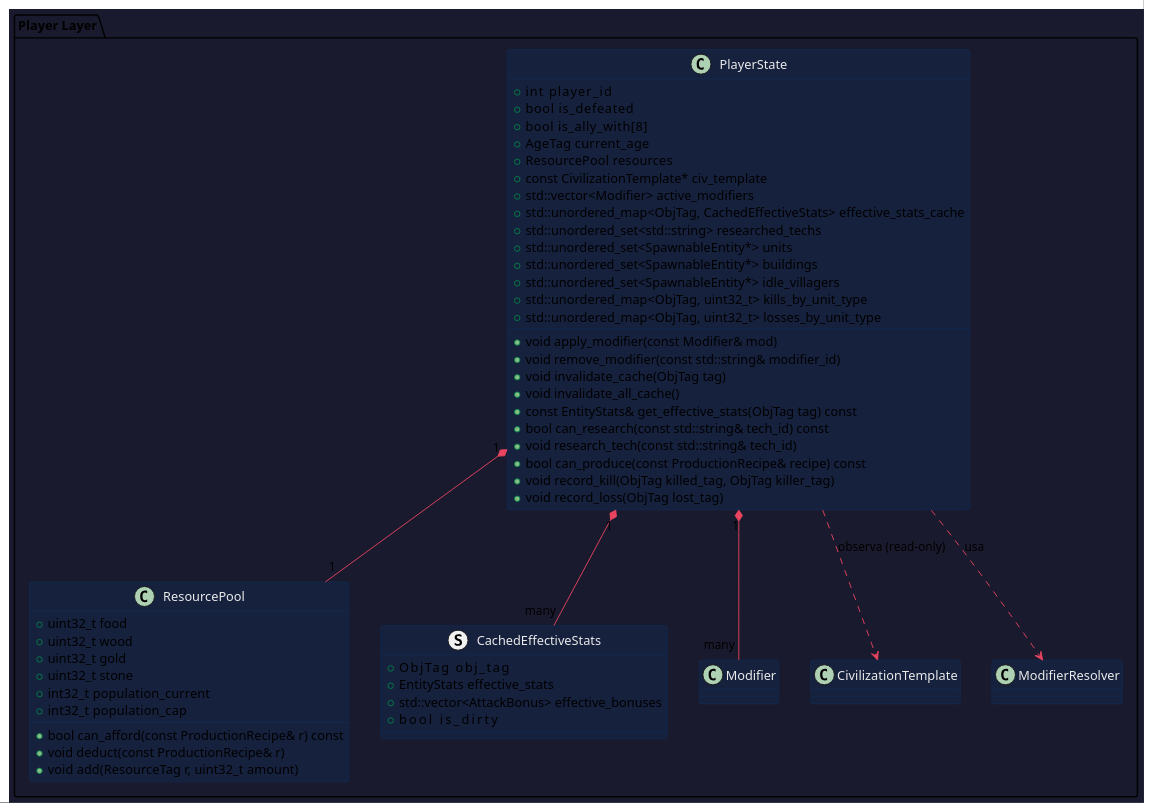
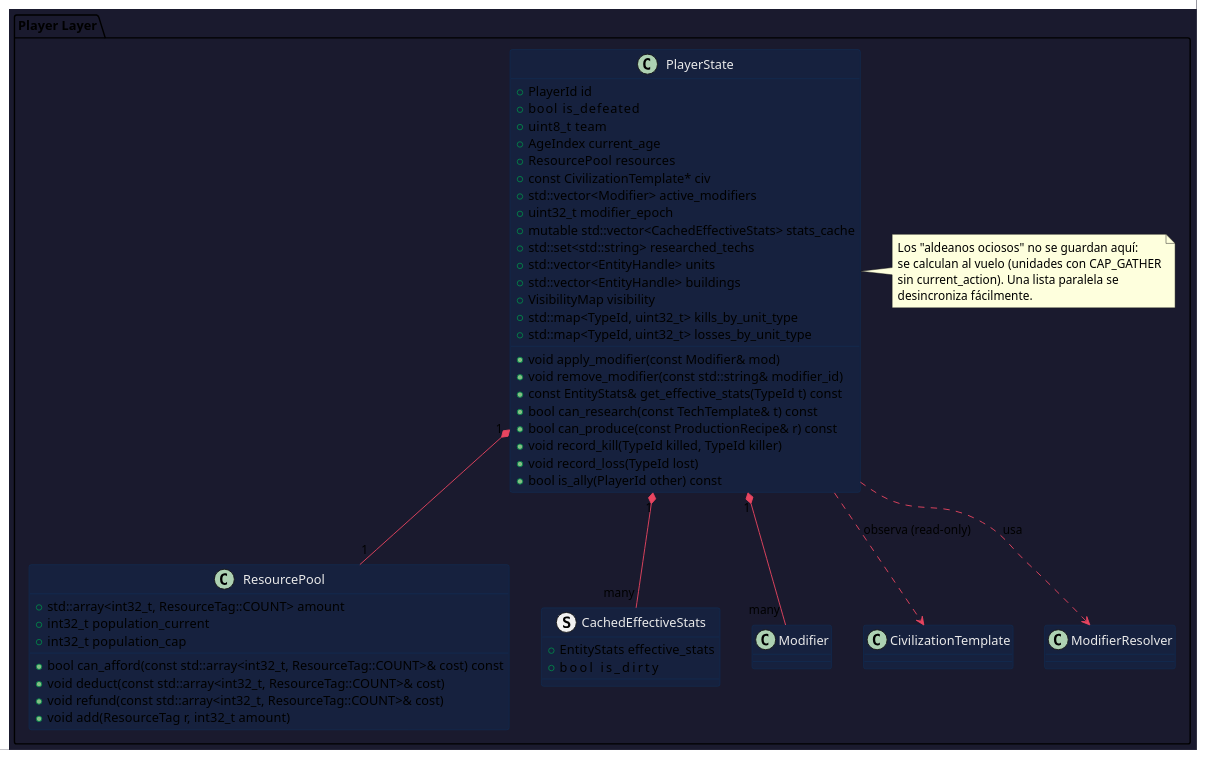
One commit to imanih-code/aoe-clone changed the fourth of 9 diagrams in architecture.md. Above: the diagram before and after it, drawn with PlantUML. The commit also changed other lines of this file and 3 other files, not shown here.

First line of the commit message:
docs: revise design for a C++20/SFML 3 build and add roadmap

````diff
--- a/architecture.md
+++ b/architecture.md
@@ -484,73 +591,80 @@
 ```plantuml
 @startuml PlayerState
 skinparam backgroundColor #1a1a2e
 skinparam classBackgroundColor #16213e
 skinparam classBorderColor #0f3460
 skinparam classArrowColor #e94560
 skinparam classFontColor #eaeaea
 
 package "Player Layer" {
 
   class ResourcePool {
-    + uint32_t food
-    + uint32_t wood
-    + uint32_t gold
-    + uint32_t stone
+    + std::array<int32_t, ResourceTag::COUNT> amount
     + int32_t  population_current
     + int32_t  population_cap
-    + bool can_afford(const ProductionRecipe& r) const
-    + void deduct(const ProductionRecipe& r)
-    + void add(ResourceTag r, uint32_t amount)
+    + bool can_afford(const std::array<int32_t, ResourceTag::COUNT>& cost) const
+    + void deduct(const std::array<int32_t, ResourceTag::COUNT>& cost)
+    + void refund(const std::array<int32_t, ResourceTag::COUNT>& cost)
+    + void add(ResourceTag r, int32_t amount)
   }
 
   struct CachedEffectiveStats {
-    + ObjTag       obj_tag
     + EntityStats  effective_stats
-    + std::vector<AttackBonus> effective_bonuses
     + bool         is_dirty
   }
 
   class PlayerState {
-    + int     player_id
-    + bool    is_defeated
+    + PlayerId id
+    + bool     is_defeated
     ' is_defeated=true pero el objeto NO se destruye hasta fin de partida
     ' (unidades convertidas siguen referenciándolo como original_player)
-    + bool    is_ally_with[8]
-    + AgeTag  current_age
+    + uint8_t  team
+    + AgeIndex current_age
     + ResourcePool  resources
-    + const CivilizationTemplate* civ_template
+    + const CivilizationTemplate* civ
+    ' puntero a datos read-only: estable toda la partida
     ' ─── Modificadores activos ────────────────────────────
     + std::vector<Modifier> active_modifiers
-    ' ─── Cache de stats efectivos por ObjTag ──────────────
-    + std::unordered_map<ObjTag, CachedEffectiveStats> effective_stats_cache
-    ' ─── Tecnologías investigadas ─────────────────────────
-    + std::unordered_set<std::string> researched_techs
+    + uint32_t modifier_epoch
+    ' se incrementa en cada apply/remove → las entidades
+    ' reconstruyen capabilities cuando su época difiere
+    ' ─── Cache de stats efectivos por TypeId ──────────────
+    + mutable std::vector<CachedEffectiveStats> stats_cache
+    ' indexado por TypeId
+    ' ─── Tecnologías ──────────────────────────────────────
+    + std::set<std::string> researched_techs
     ' ─── Entidades VIVAS controladas por este jugador ─────
-    ' (sin ObjId: las entidades se identifican por puntero)
-    + std::unordered_set<SpawnableEntity*> units
-    + std::unordered_set<SpawnableEntity*> buildings
-    + std::unordered_set<SpawnableEntity*> idle_villagers
-    ' ─── Kill counter ─────────────────────────────────────
-    + std::unordered_map<ObjTag, uint32_t> kills_by_unit_type
-    + std::unordered_map<ObjTag, uint32_t> losses_by_unit_type
+    + std::vector<EntityHandle> units
+    + std::vector<EntityHandle> buildings
+    ' ─── Visibilidad ──────────────────────────────────────
+    + VisibilityMap visibility
+    ' ver §11
+    ' ─── Estadísticas ─────────────────────────────────────
+    + std::map<TypeId, uint32_t> kills_by_unit_type
+    + std::map<TypeId, uint32_t> losses_by_unit_type
     ' ─── Métodos ──────────────────────────────────────────
     + void apply_modifier(const Modifier& mod)
     + void remove_modifier(const std::string& modifier_id)
-    + void invalidate_cache(ObjTag tag)
-    + void invalidate_all_cache()
-    + const EntityStats& get_effective_stats(ObjTag tag) const
-    + bool can_research(const std::string& tech_id) const
-    + void research_tech(const std::string& tech_id)
-    + bool can_produce(const ProductionRecipe& recipe) const
-    + void record_kill(ObjTag killed_tag, ObjTag killer_tag)
-    + void record_loss(ObjTag lost_tag)
+    + const EntityStats& get_effective_stats(TypeId t) const
+    + bool can_research(const TechTemplate& t) const
+    + bool can_produce(const ProductionRecipe& r) const
+    + void record_kill(TypeId killed, TypeId killer)
+    + void record_loss(TypeId lost)
+    + bool is_ally(PlayerId other) const
   }
+
+  note right of PlayerState
+    Los "aldeanos ociosos" no se guardan aquí:
+    se calculan al vuelo (unidades con CAP_GATHER
+    sin current_action). Una lista paralela se
+    desincroniza fácilmente.
+  end note
 
   PlayerState "1" *-- "1" ResourcePool
   PlayerState "1" *-- "many" CachedEffectiveStats
   PlayerState "1" *-- "many" Modifier
   PlayerState ..> CivilizationTemplate : observa (read-only)
   PlayerState ..> ModifierResolver : usa
 }
 @enduml
 ```
````
